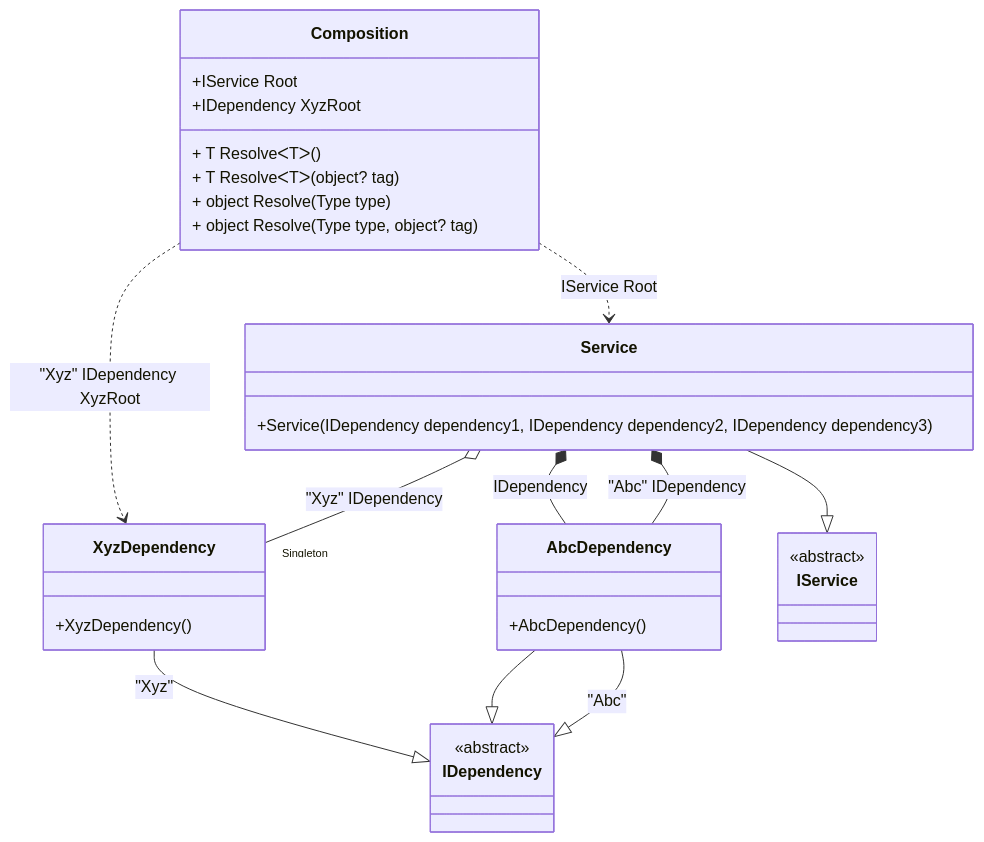
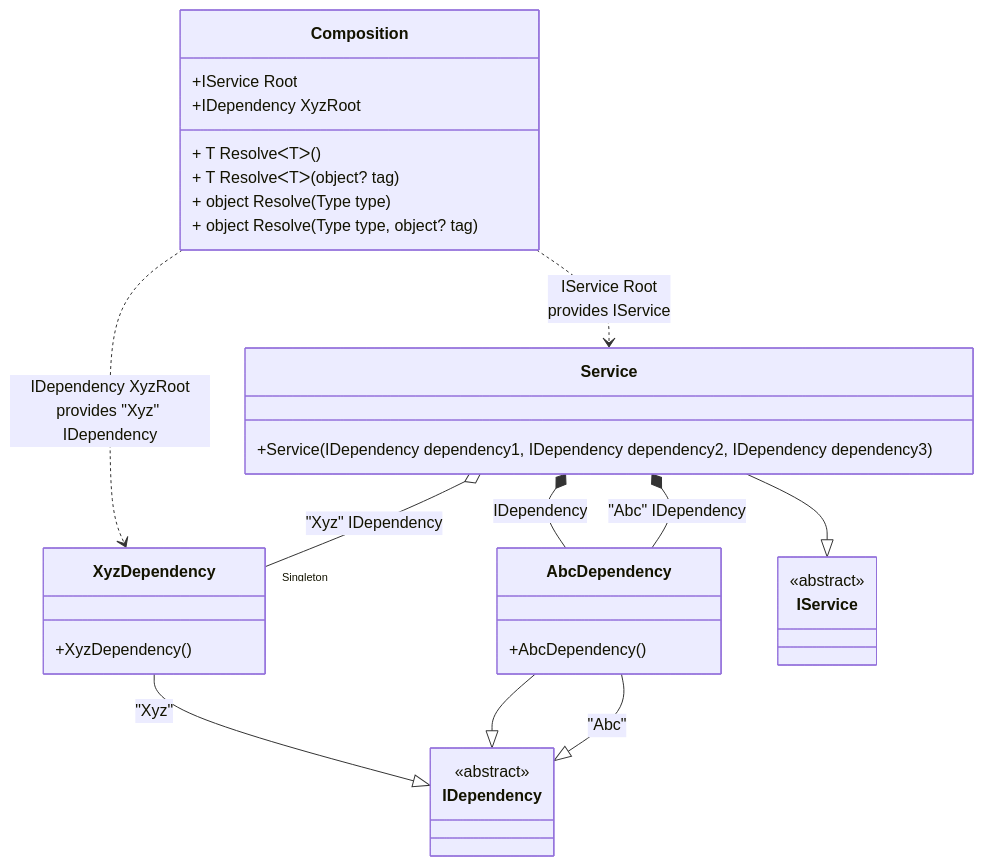
Before and after one commit to DevTeam/Pure.DI: the diagram in readme/tags.md, drawn with Mermaid. The commit also changed other lines of this file and 73 other files, not shown here.

````diff
--- a/readme/tags.md
+++ b/readme/tags.md
@@ -60,35 +60,35 @@
 ```mermaid
 classDiagram
   class Composition {
     +IService Root
     +IDependency XyzRoot
     + T ResolveᐸTᐳ()
     + T ResolveᐸTᐳ(object? tag)
     + object Resolve(Type type)
     + object Resolve(Type type, object? tag)
   }
   AbcDependency --|> IDependency : "Abc" 
   AbcDependency --|> IDependency : 
   class AbcDependency {
     +AbcDependency()
   }
   XyzDependency --|> IDependency : "Xyz" 
   class XyzDependency {
     +XyzDependency()
   }
   Service --|> IService : 
   class Service {
     +Service(IDependency dependency1, IDependency dependency2, IDependency dependency3)
   }
   class IDependency {
     <<abstract>>
   }
   class IService {
     <<abstract>>
   }
   Service *--  AbcDependency : "Abc"  IDependency
   Service o--  "Singleton" XyzDependency : "Xyz"  IDependency
   Service *--  AbcDependency : IDependency
-  Composition ..> XyzDependency : "Xyz" IDependency XyzRoot
-  Composition ..> Service : IService Root
+  Composition ..> XyzDependency : IDependency XyzRoot<br/>provides "Xyz" IDependency
+  Composition ..> Service : IService Root<br/>provides IService
 ```
````
